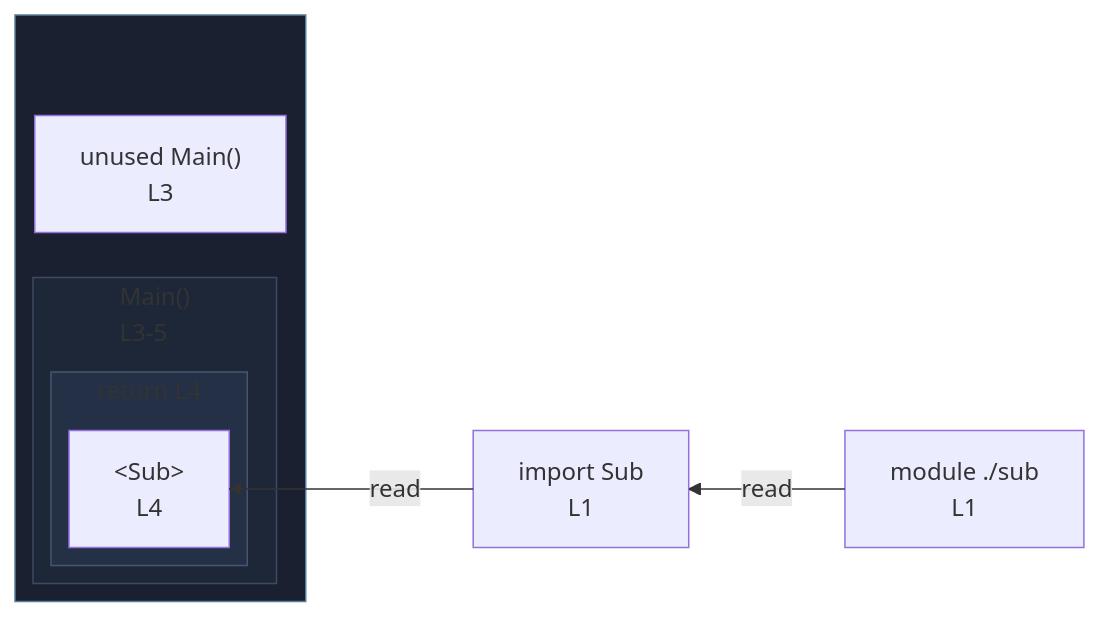
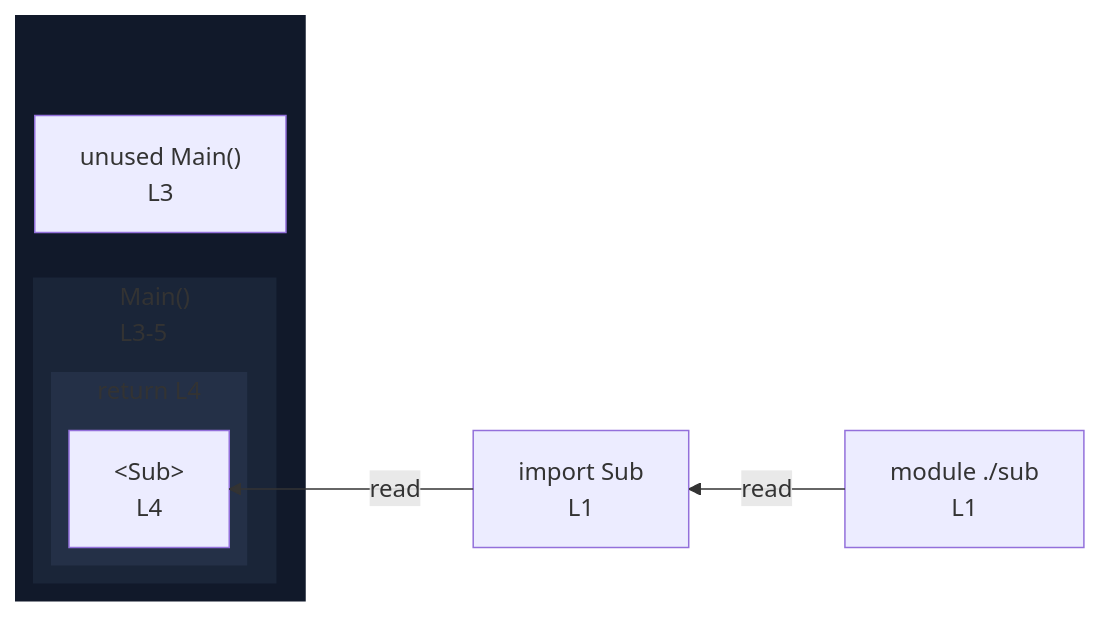
The diagram in integration/fixtures/jsx/component-export/preview.md (crescware/unsnarl), drawn with Mermaid before and after one commit. The commit also changed 263 other files, not shown here.

First line of the commit message:
Drop fnWrap class and color function wrappers via the nest palette

````diff
--- a/integration/fixtures/jsx/component-export/preview.md
+++ b/integration/fixtures/jsx/component-export/preview.md
@@ -15,25 +15,25 @@
 ```mermaid
 %%{init: {"flowchart": {"defaultRenderer": "elk"}}}%%
 flowchart RL
   n_scope_0_Sub_9["import Sub<br/>L1"]
   subgraph wrap_s_scope_1[" "]
     direction TB
     n_scope_0_Main_46["unused Main()<br/>L3"]
     subgraph s_scope_1["Main()<br/>L3-5"]
       direction RL
       subgraph s_return_scope_0_Main_46_57_79["return L4"]
         direction RL
         ret_use_ref_0["&lt;Sub&gt;<br/>L4"]
       end
     end
   end
   n_scope_0_Sub_9 -->|read| ret_use_ref_0
   mod___sub["module ./sub<br/>L1"]
   mod___sub -->|read| n_scope_0_Sub_9
-  classDef fnWrap fill:#1a2030,stroke:#5a7d99;
-  class wrap_s_scope_1 fnWrap;
-  classDef nestL1 fill:#1e2738,stroke:#3d4a63;
-  class s_scope_1 nestL1;
-  classDef nestL2 fill:#233045,stroke:#475670;
-  class s_return_scope_0_Main_46_57_79 nestL2;
+  classDef nestL1 fill:#11192a,stroke:transparent;
+  class wrap_s_scope_1 nestL1;
+  classDef nestL2 fill:#1a2538,stroke:transparent;
+  class s_scope_1 nestL2;
+  classDef nestL3 fill:#243047,stroke:transparent;
+  class s_return_scope_0_Main_46_57_79 nestL3;
 ```
````
